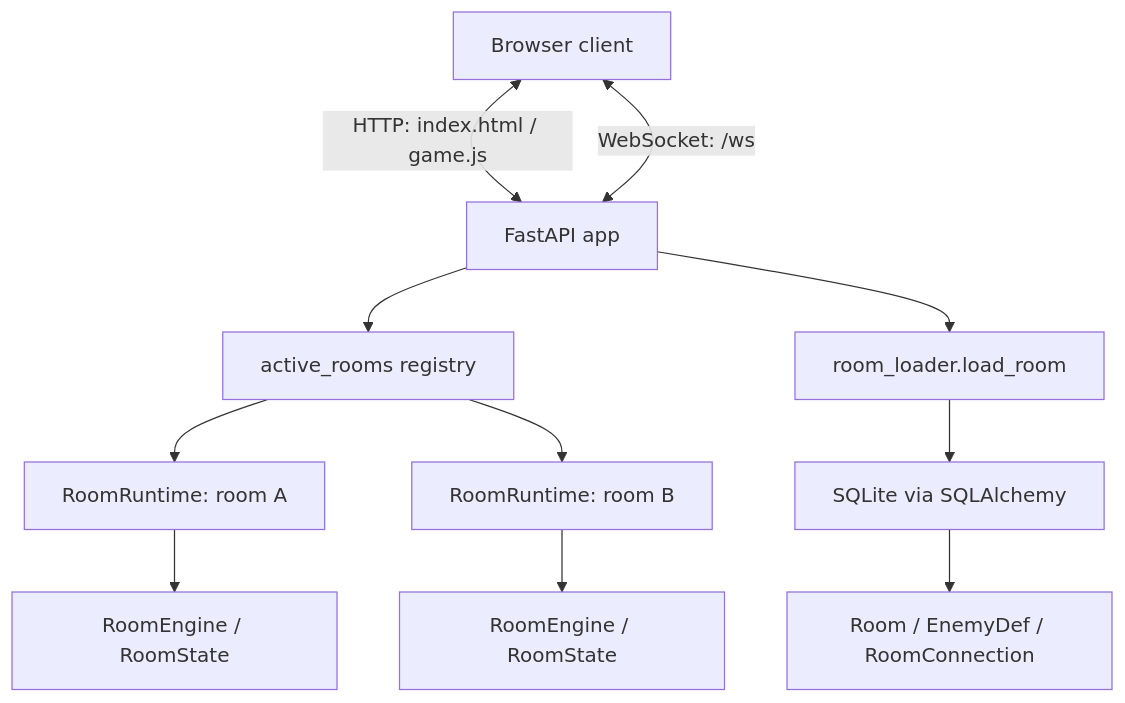
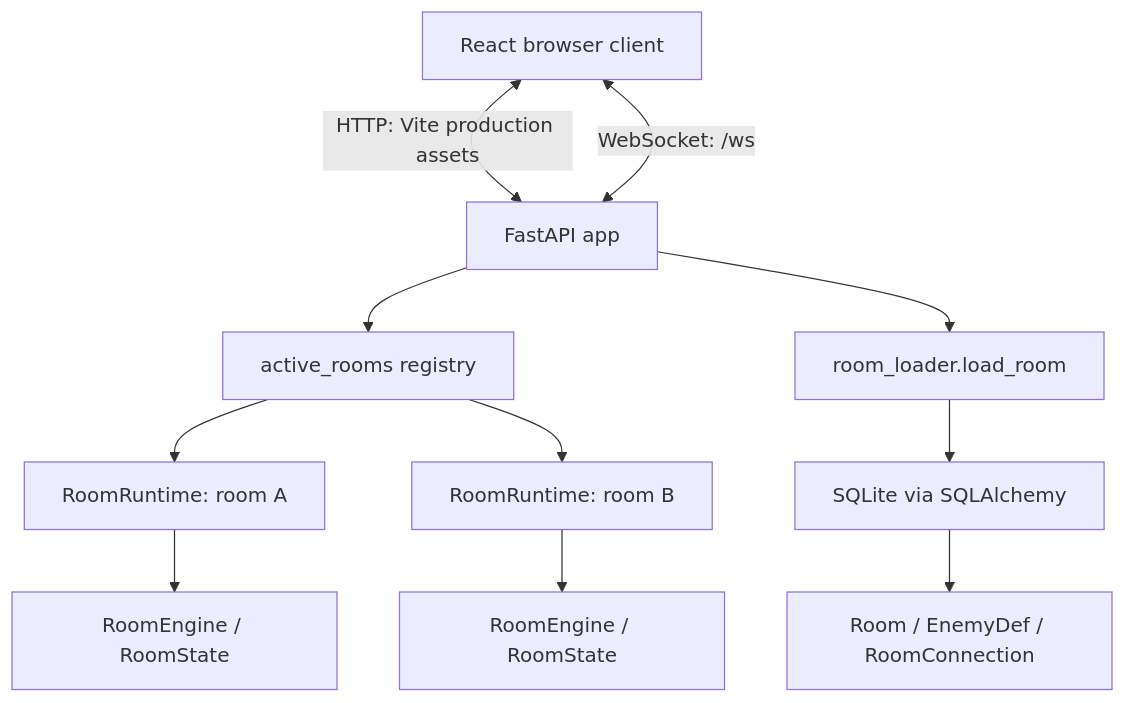
One commit to GoldenWind8/roguelike-mvp changed the first of 8 diagrams in docs/ARCHITECTURE.md. Above: the diagram before and after it, drawn with Mermaid. The commit also changed 6 other files, not shown here.

````diff
--- a/docs/ARCHITECTURE.md
+++ b/docs/ARCHITECTURE.md
@@ -29,13 +29,13 @@
 ```mermaid
 flowchart TB
-    B["Browser client"] <-- "HTTP: index.html / game.js" --> A["FastAPI app"]
+    B["React browser client"] <-- "HTTP: Vite production assets" --> A["FastAPI app"]
     B <-- "WebSocket: /ws" --> A
     A --> REG["active_rooms registry"]
     REG --> R1["RoomRuntime: room A"]
     REG --> R2["RoomRuntime: room B"]
     R1 --> G1["RoomEngine / RoomState"]
     R2 --> G2["RoomEngine / RoomState"]
     A --> L["room_loader.load_room"]
     L --> DB["SQLite via SQLAlchemy"]
     DB --> R["Room / EnemyDef / RoomConnection"]
 ```
````
